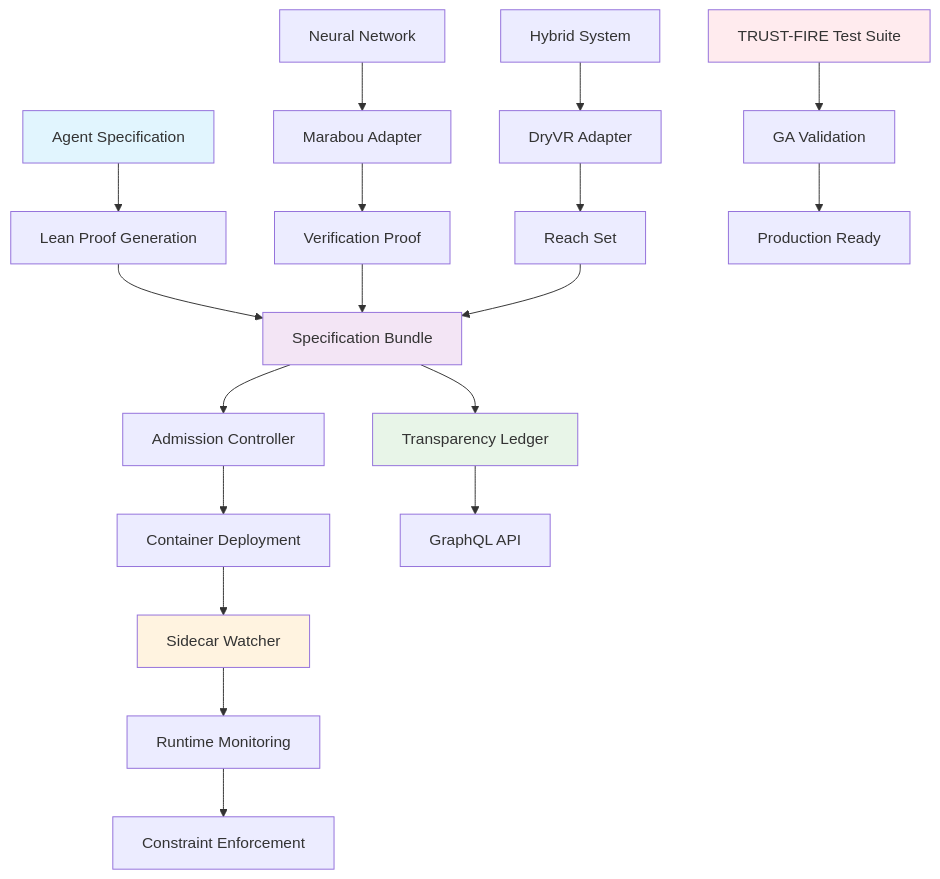
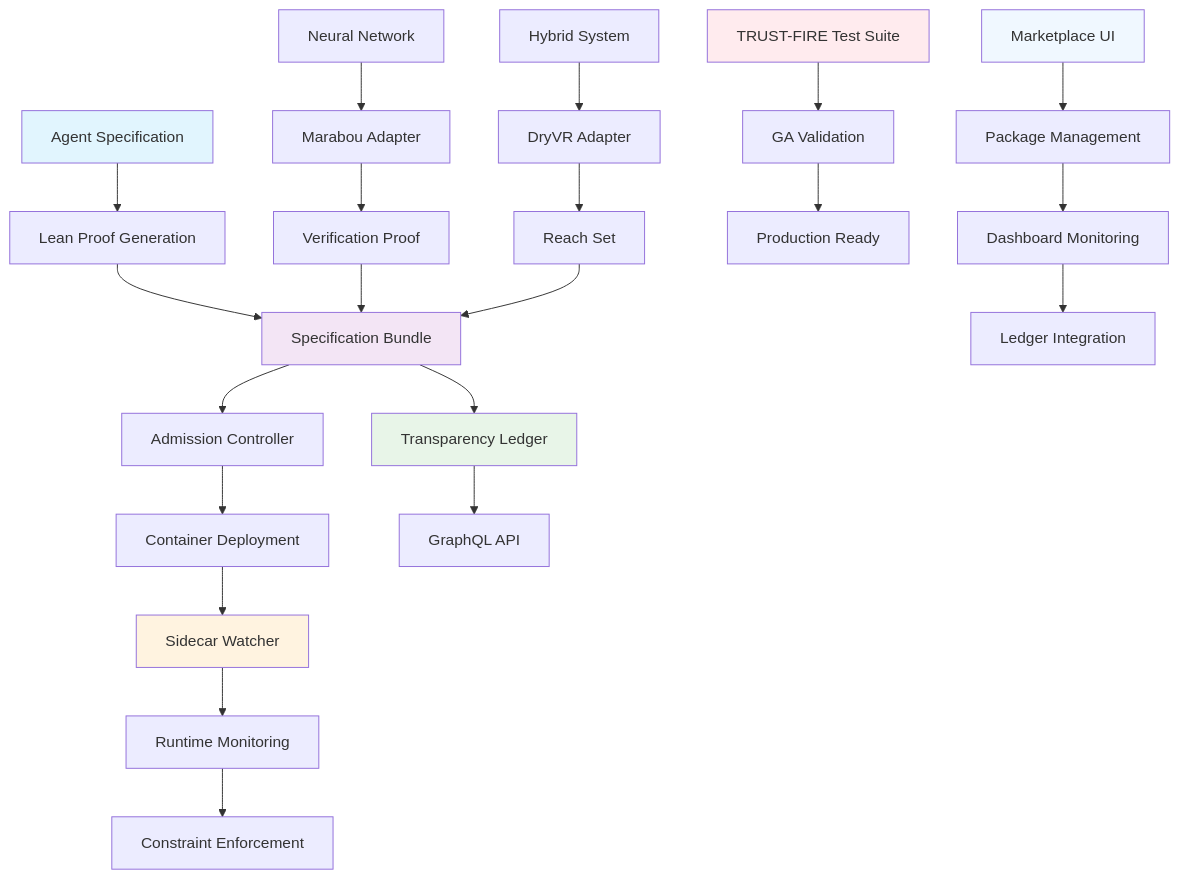
Before and after one commit to SentinelOps-CI/provability-fabric: the diagram in README.md, drawn with Mermaid. The commit also changed other lines of this file and 63 other files, not shown here.

````diff
--- a/README.md
+++ b/README.md
@@ -40,30 +155,35 @@
 ```mermaid
 flowchart TD
     A[Agent Specification] --> B[Lean Proof Generation]
     B --> C[Specification Bundle]
     C --> D[Admission Controller]
     D --> E[Container Deployment]
     E --> F[Sidecar Watcher]
     F --> G[Runtime Monitoring]
     G --> H[Constraint Enforcement]
 
     I[Neural Network] --> J[Marabou Adapter]
     J --> K[Verification Proof]
     K --> C
 
     L[Hybrid System] --> M[DryVR Adapter]
     M --> N[Reach Set]
     N --> C
 
     C --> O[Transparency Ledger]
     O --> P[GraphQL API]
 
     Q[TRUST-FIRE Test Suite] --> R[GA Validation]
     R --> S[Production Ready]
 
+    T[Marketplace UI] --> U[Package Management]
+    U --> V[Dashboard Monitoring]
+    V --> W[Ledger Integration]
+
     style A fill:#e1f5fe
     style C fill:#f3e5f5
     style F fill:#fff3e0
     style O fill:#e8f5e8
     style Q fill:#ffebee
+    style T fill:#f0f8ff
 ```
````
